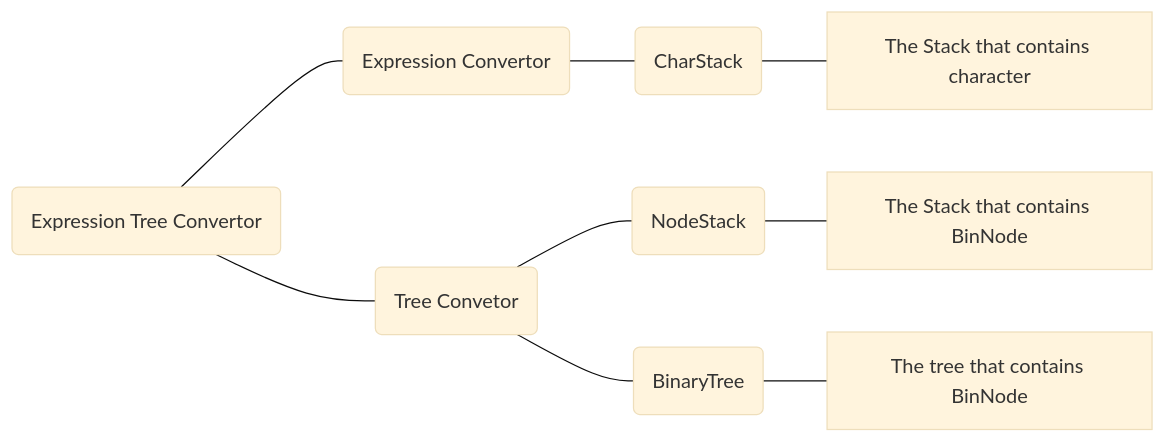
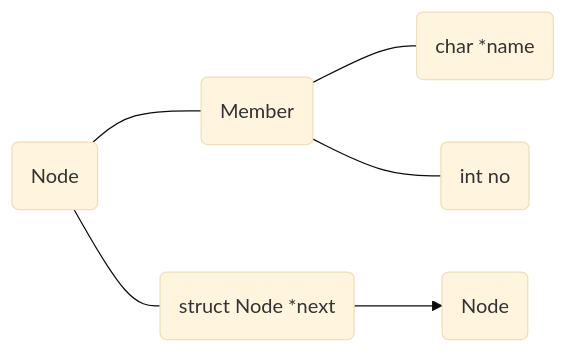
Before and after one commit to Yangseungchan/DataStructure: the second of 2 diagrams in Hash/ChainHash/README.md, drawn with Mermaid (base theme). The commit also changed other lines of this file, not shown here.

````diff
--- a/Hash/ChainHash/README.md
+++ b/Hash/ChainHash/README.md
@@ -133,63 +125,9 @@
 ```mermaid
-
-
-
-
-
 graph LR
-
-
-
-
-
-A(Expression Tree Convertor) --- B(Expression Convertor)
-
-
-
-
-
-A --- C(Tree Convetor)
-
-
-
-
-
-B --- D(CharStack)
-
-
-
-
-
-D --- E[The Stack that contains character]
-
-
-
-
-
-C --- F(NodeStack)
-
-
-
-
-
-C --- G(BinaryTree)
-
-
-
-
-
-F --- H[The Stack that contains BinNode]
-
-
-
-
-
-G --- I[The tree that contains BinNode]
-
-
-
-
-
-
+A(Node) --- B(Member)
+A --- C(struct Node *next)
+B --- D(char *name)
+B --- E(int no)
+C --> F(Node)
 
 ```
````
